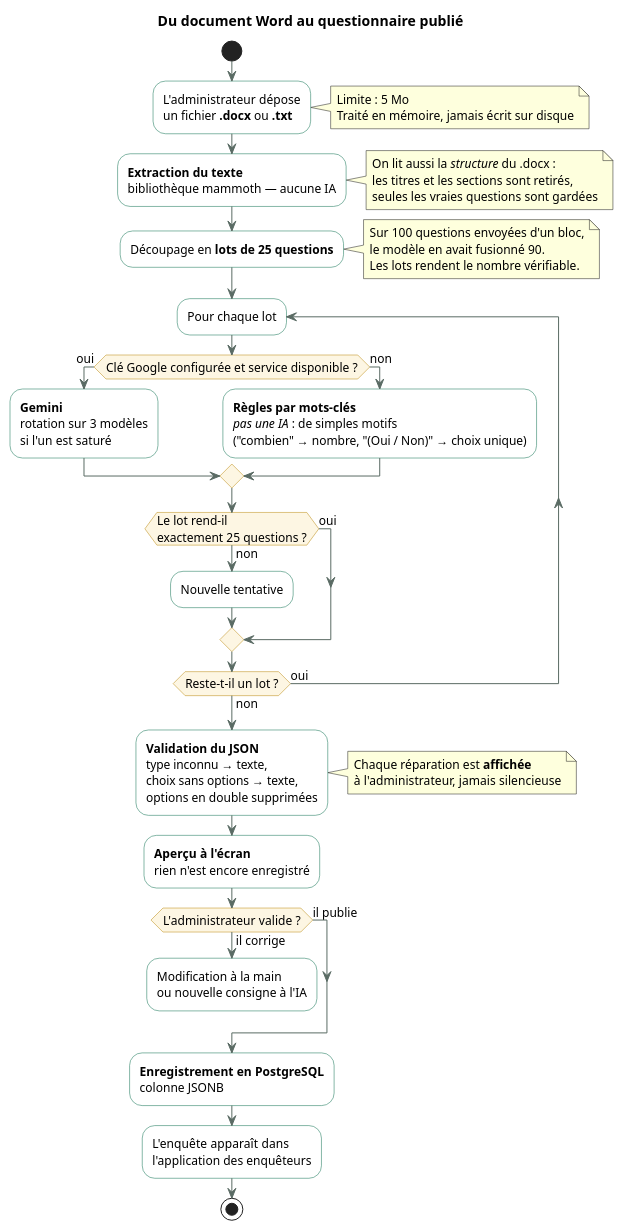
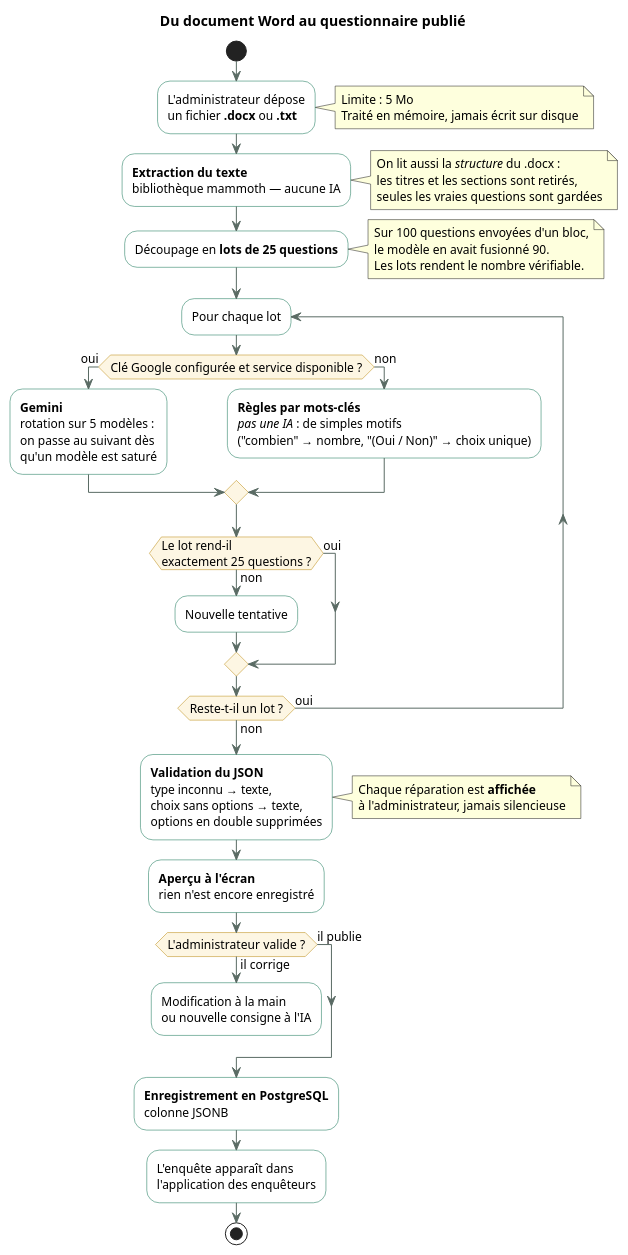
One commit to matrix049/hcp changed the diagram in docs/diagrammes/pipeline-word-vers-json.puml. Above: the diagram before and after it, drawn with PlantUML. The commit also changed 1 other file, not shown here.

Commit message:
Correct two stale facts in the diagrams
The use case diagram still named Claude as an actor: the edit that removed it
had no assertion behind it and failed silently while reporting success. The
pipeline diagram claimed Gemini rotates over three models; the list holds
five.

Both were caught by checking each diagram claim against the code rather than
against the commit that was supposed to have changed it - the batch size, the
upload cap, the retry ceiling and every use case were verified the same way,
and those were accurate.

```diff
--- a/docs/diagrammes/pipeline-word-vers-json.puml
+++ b/docs/diagrammes/pipeline-word-vers-json.puml
@@ -1,91 +1,92 @@
 @startuml
 ' ═══════════════════════════════════════════════════════════════
 '  Comment un document Word devient une enquête utilisable
 '  À coller sur https://www.plantuml.com/plantuml/uml
 ' ═══════════════════════════════════════════════════════════════
 
 title Du document Word au questionnaire publié
 
 skinparam backgroundColor #FFFFFF
 skinparam shadowing false
 skinparam defaultFontName Segoe UI
 skinparam defaultFontSize 12
 skinparam ArrowColor #5A6B64
 skinparam activity {
   BorderColor #0B6E4F
   BackgroundColor #FFFFFF
   DiamondBorderColor #B8860B
   DiamondBackgroundColor #FDF6E3
 }
 
 start
 
 :L'administrateur dépose
 un fichier **.docx** ou **.txt**;
 note right
   Limite : 5 Mo
   Traité en mémoire, jamais écrit sur disque
 end note
 
 :**Extraction du texte**
 bibliothèque mammoth — aucune IA;
 note right
   On lit aussi la //structure// du .docx :
   les titres et les sections sont retirés,
   seules les vraies questions sont gardées
 end note
 
 :Découpage en **lots de 25 questions**;
 note right
   Sur 100 questions envoyées d'un bloc,
   le modèle en avait fusionné 90.
   Les lots rendent le nombre vérifiable.
 end note
 
 repeat :Pour chaque lot;
 
   if (Clé Google configurée et service disponible ?) then (oui)
     :**Gemini**
-    rotation sur 3 modèles
-    si l'un est saturé;
+    rotation sur 5 modèles :
+    on passe au suivant dès
+    qu'un modèle est saturé;
   else (non)
     :**Règles par mots-clés**
     //pas une IA// : de simples motifs
     ("combien" → nombre, "(Oui / Non)" → choix unique);
   endif
 
   if (Le lot rend-il\nexactement 25 questions ?) then (non)
     :Nouvelle tentative;
   else (oui)
   endif
 
 repeat while (Reste-t-il un lot ?) is (oui) not (non)
 
 :**Validation du JSON**
 type inconnu → texte,
 choix sans options → texte,
 options en double supprimées;
 note right
   Chaque réparation est **affichée**
   à l'administrateur, jamais silencieuse
 end note
 
 :**Aperçu à l'écran**
 rien n'est encore enregistré;
 
 if (L'administrateur valide ?) then (il corrige)
   :Modification à la main
   ou nouvelle consigne à l'IA;
   detach
 else (il publie)
 endif
 
 :**Enregistrement en PostgreSQL**
 colonne JSONB;
 
 :L'enquête apparaît dans
 l'application des enquêteurs;
 
 stop
 
 @enduml
```
